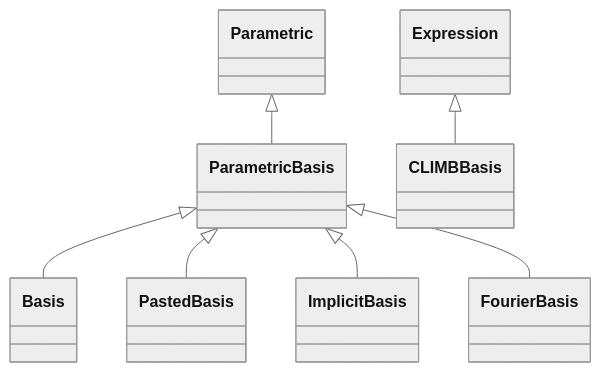
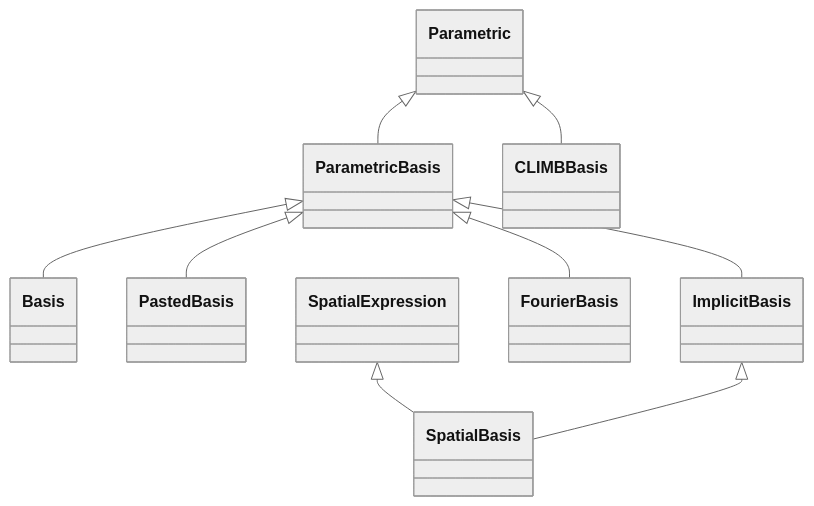
Before and after one commit to LouisDesdoigts/dLux: the diagram in docs/API/core/bases.md, drawn with Mermaid (neutral theme). The commit also changed other lines of this file and 46 other files, not shown here.

First line of the commit message:
Simplify parametric evaluation and spatial basis contracts

````diff
--- a/docs/API/core/bases.md
+++ b/docs/API/core/bases.md
@@ -7,23 +7,27 @@
 ```mermaid
 classDiagram
     class dLux_parametric_bases_ParametricBasis["ParametricBasis"]
     class dLux_parametric_bases_Basis["Basis"]
     class dLux_parametric_bases_PastedBasis["PastedBasis"]
     class dLux_parametric_bases_ImplicitBasis["ImplicitBasis"]
+    class dLux_parametric_bases_SpatialBasis["SpatialBasis"]
     class dLux_parametric_bases_CLIMBBasis["CLIMBBasis"]
     class dLux_parametric_bases_FourierBasis["FourierBasis"]
-    class zodiax_numerics_expressions_Expression["Expression"]
-    class zodiax_numerics_transforms_Parametric["Parametric"]
-    zodiax_numerics_transforms_Parametric <|-- dLux_parametric_bases_ParametricBasis
-    click dLux_parametric_bases_ParametricBasis href "#dLux.parametric.bases.ParametricBasis" "Attributes: coeffs · Properties: input"
+    class dLux_parametric_parametrics_Parametric["Parametric"]
+    class dLux_parametric_parametrics_SpatialExpression["SpatialExpression"]
+    dLux_parametric_parametrics_Parametric <|-- dLux_parametric_bases_ParametricBasis
+    click dLux_parametric_bases_ParametricBasis href "#dLux.parametric.bases.ParametricBasis" "Attributes: coeffs · Methods: solve()"
     dLux_parametric_bases_ParametricBasis <|-- dLux_parametric_bases_Basis
-    click dLux_parametric_bases_Basis href "#dLux.parametric.bases.Basis" "Attributes: basis, axes · Methods: fwd(), inv()"
+    click dLux_parametric_bases_Basis href "#dLux.parametric.bases.Basis" "Attributes: basis, axes · Methods: evaluate(), solve()"
     dLux_parametric_bases_ParametricBasis <|-- dLux_parametric_bases_PastedBasis
-    click dLux_parametric_bases_PastedBasis href "#dLux.parametric.bases.PastedBasis" "Attributes: shape, basis, spec, method · Methods: fwd(), solve_basis()"
+    click dLux_parametric_bases_PastedBasis href "#dLux.parametric.bases.PastedBasis" "Attributes: shape, basis, spec, method · Methods: evaluate(), solve()"
     dLux_parametric_bases_ParametricBasis <|-- dLux_parametric_bases_ImplicitBasis
-    click dLux_parametric_bases_ImplicitBasis href "#dLux.parametric.bases.ImplicitBasis" "Attributes: shape · Methods: calculate_basis(), fwd(), inv()"
-    zodiax_numerics_expressions_Expression <|-- dLux_parametric_bases_CLIMBBasis
-    click dLux_parametric_bases_CLIMBBasis href "#dLux.parametric.bases.CLIMBBasis" "Attributes: expansion, values, oversample · Methods: evaluate_latent(), evaluate()"
+    click dLux_parametric_bases_ImplicitBasis href "#dLux.parametric.bases.ImplicitBasis" "Attributes: shape · Methods: calculate_basis(), solve()"
+    dLux_parametric_parametrics_SpatialExpression <|-- dLux_parametric_bases_SpatialBasis
+    dLux_parametric_bases_ImplicitBasis <|-- dLux_parametric_bases_SpatialBasis
+    click dLux_parametric_bases_SpatialBasis href "#dLux.parametric.bases.SpatialBasis" "Methods: solve()"
+    dLux_parametric_parametrics_Parametric <|-- dLux_parametric_bases_CLIMBBasis
+    click dLux_parametric_bases_CLIMBBasis href "#dLux.parametric.bases.CLIMBBasis" "Attributes: expansion, values, oversample · Methods: evaluate()"
     dLux_parametric_bases_ParametricBasis <|-- dLux_parametric_bases_FourierBasis
-    click dLux_parametric_bases_FourierBasis href "#dLux.parametric.bases.FourierBasis" "Attributes: shape, kernels · Methods: calculate_basis(), fwd(), inv(), resize()"
+    click dLux_parametric_bases_FourierBasis href "#dLux.parametric.bases.FourierBasis" "Attributes: shape, kernels · Methods: calculate_basis(), evaluate(), solve(), resize()"
 ```
````
